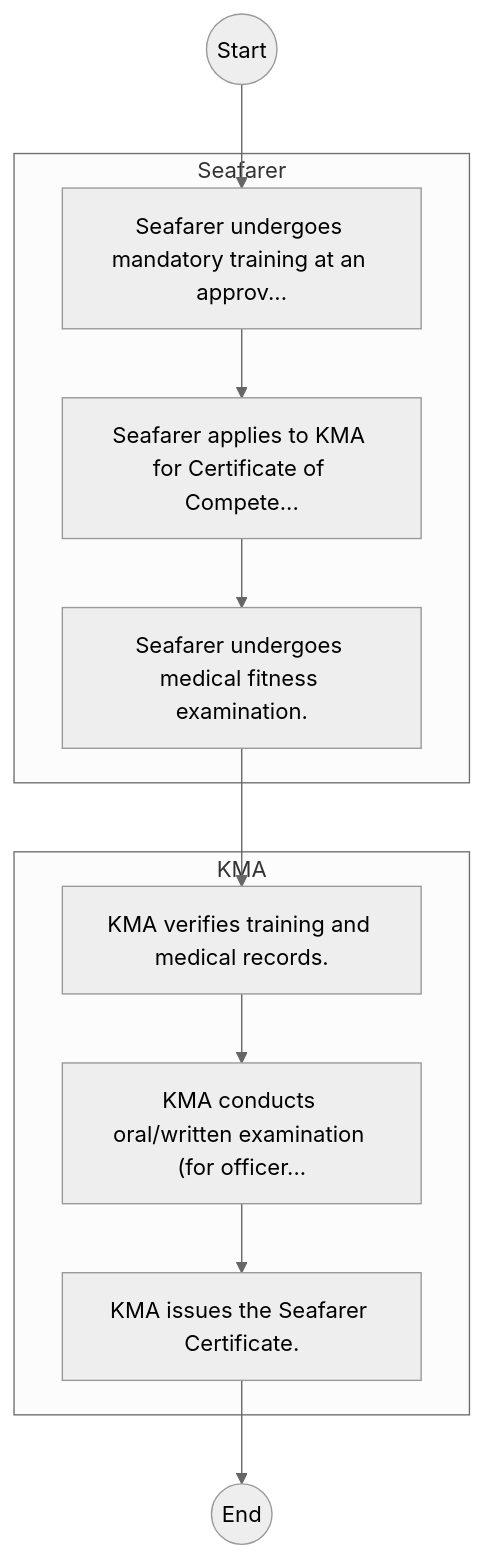
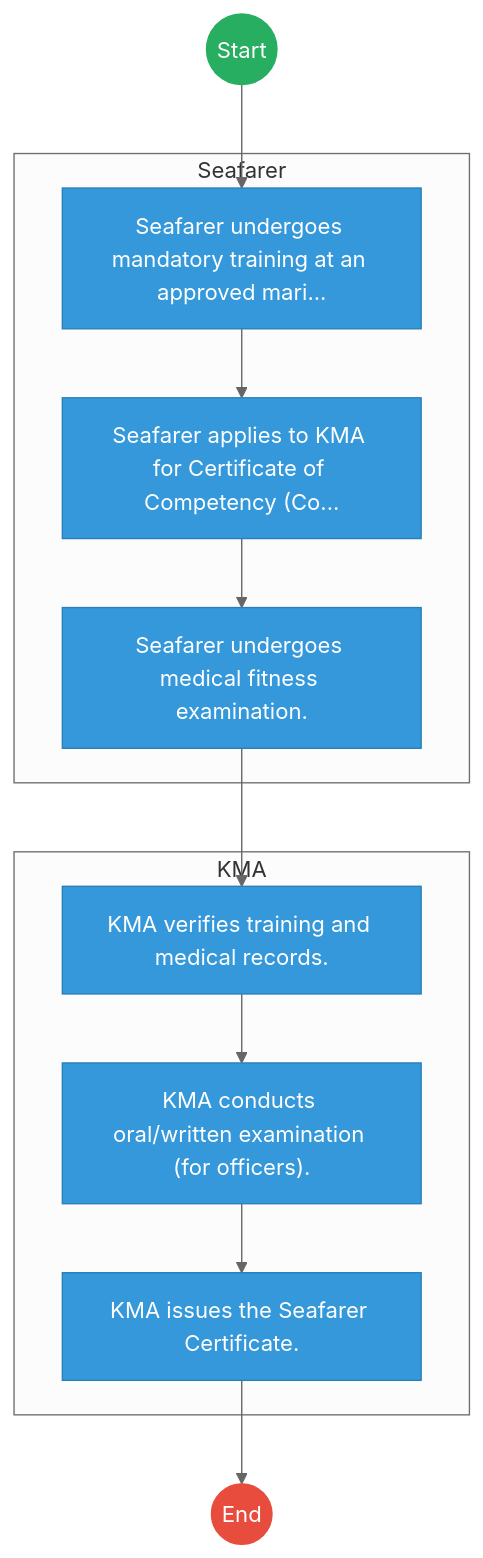
The first of 2 diagrams in mdas/docs_final/Kenya_Maritime_Authority___Service_Delivery.md (BITZ-IT-Consulting-LTD/ictapoc), drawn with Mermaid (neutral theme) before and after one commit. The commit also changed other lines of this file and 461 other files, not shown here.

````diff
--- a/mdas/docs_final/Kenya_Maritime_Authority___Service_Delivery.md
+++ b/mdas/docs_final/Kenya_Maritime_Authority___Service_Delivery.md
@@ -20,20 +20,31 @@
 ```mermaid
 graph TD
     Start((Start)) --> S1
+
     subgraph Seafarer [Seafarer]
-        S1["Seafarer undergoes mandatory training at an approv..."]
-        S2["Seafarer applies to KMA for Certificate of Compete..."]
+        S1["Seafarer undergoes mandatory training at an approved mari..."]
+        S2["Seafarer applies to KMA for Certificate of Competency (Co..."]
         S3["Seafarer undergoes medical fitness examination."]
     end
+
     subgraph KMA [KMA]
         S4["KMA verifies training and medical records."]
-        S5["KMA conducts oral/written examination (for officer..."]
+        S5["KMA conducts oral/written examination (for officers)."]
         S6["KMA issues the Seafarer Certificate."]
     end
     S1 --> S2
     S2 --> S3
     S3 --> S4
     S4 --> S5
     S5 --> S6
     S6 --> End((End))
+
+    classDef start fill:#27ae60,stroke:#27ae60,color:#fff;
+    classDef endNode fill:#e74c3c,stroke:#e74c3c,color:#fff;
+    classDef userTask fill:#3498db,stroke:#2980b9,color:#fff;
+    classDef serviceTask fill:#9b59b6,stroke:#8e44ad,color:#fff;
+
+    class Start start;
+    class End endNode;
+    class S1,S2,S3,S4,S5,S6 userTask;
 ```
````
